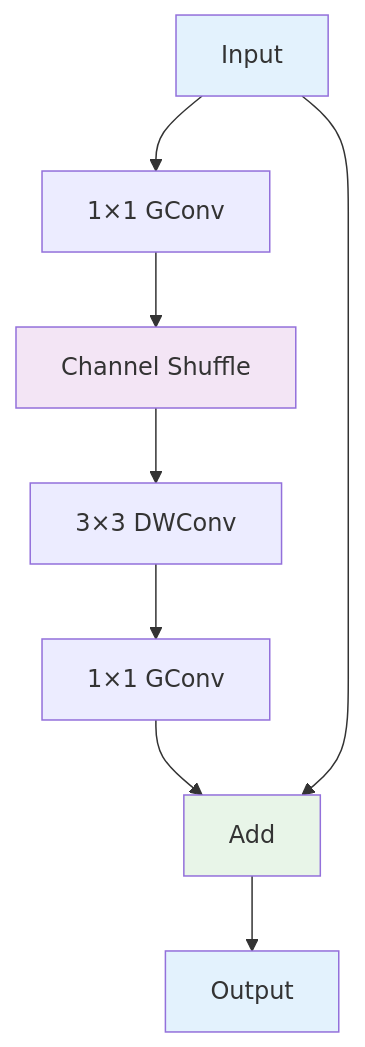
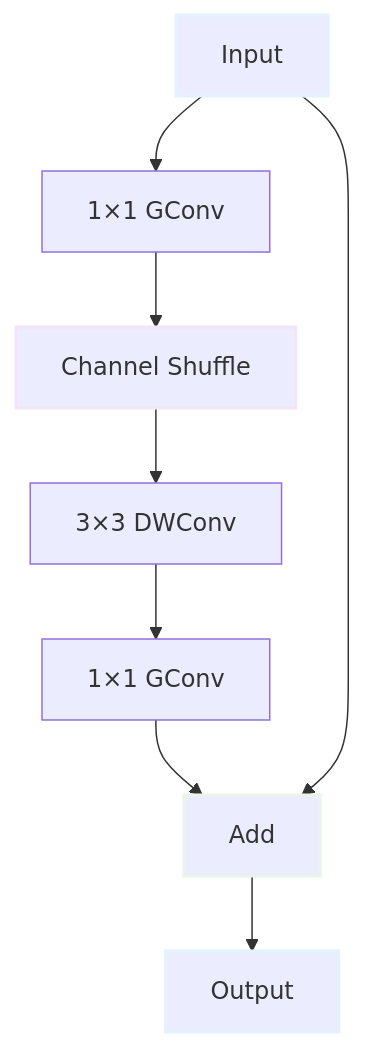
The first of 4 diagrams in 스터디/IS_05_advanced_convolutions.md (c0z0c/sprint_mission), drawn with Mermaid before and after one commit. The commit also changed other lines of this file and 14 other files, not shown here.

````diff
--- a/스터디/IS_05_advanced_convolutions.md
+++ b/스터디/IS_05_advanced_convolutions.md
@@ -202,15 +202,15 @@
 ```mermaid
 graph TB
     A["Input"] --> B["1×1 GConv"]
     B --> C["Channel Shuffle"]
     C --> D["3×3 DWConv"]
     D --> E["1×1 GConv"]
     E --> F["Add"]
     A --> F
     F --> G["Output"]
     
-    style A fill:#e3f2fd
-    style C fill:#f3e5f5
-    style F fill:#e8f5e8
-    style G fill:#e3f2fd
+    style A stroke-width:2px,stroke:#e3f2fd
+    style C stroke-width:2px,stroke:#f3e5f5
+    style F stroke-width:2px,stroke:#e8f5e8
+    style G stroke-width:2px,stroke:#e3f2fd
 ```
````
